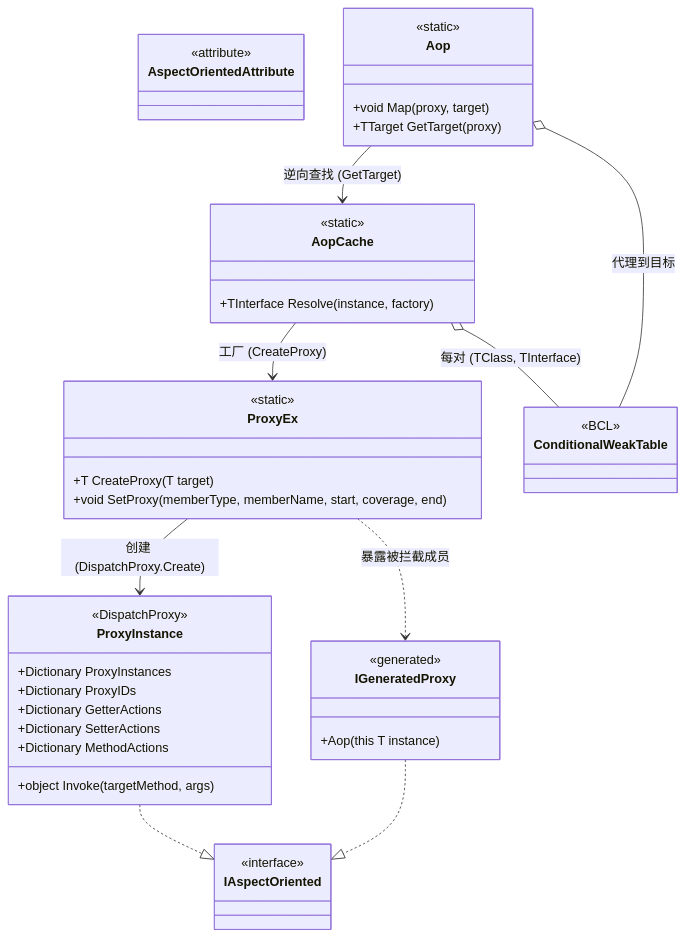
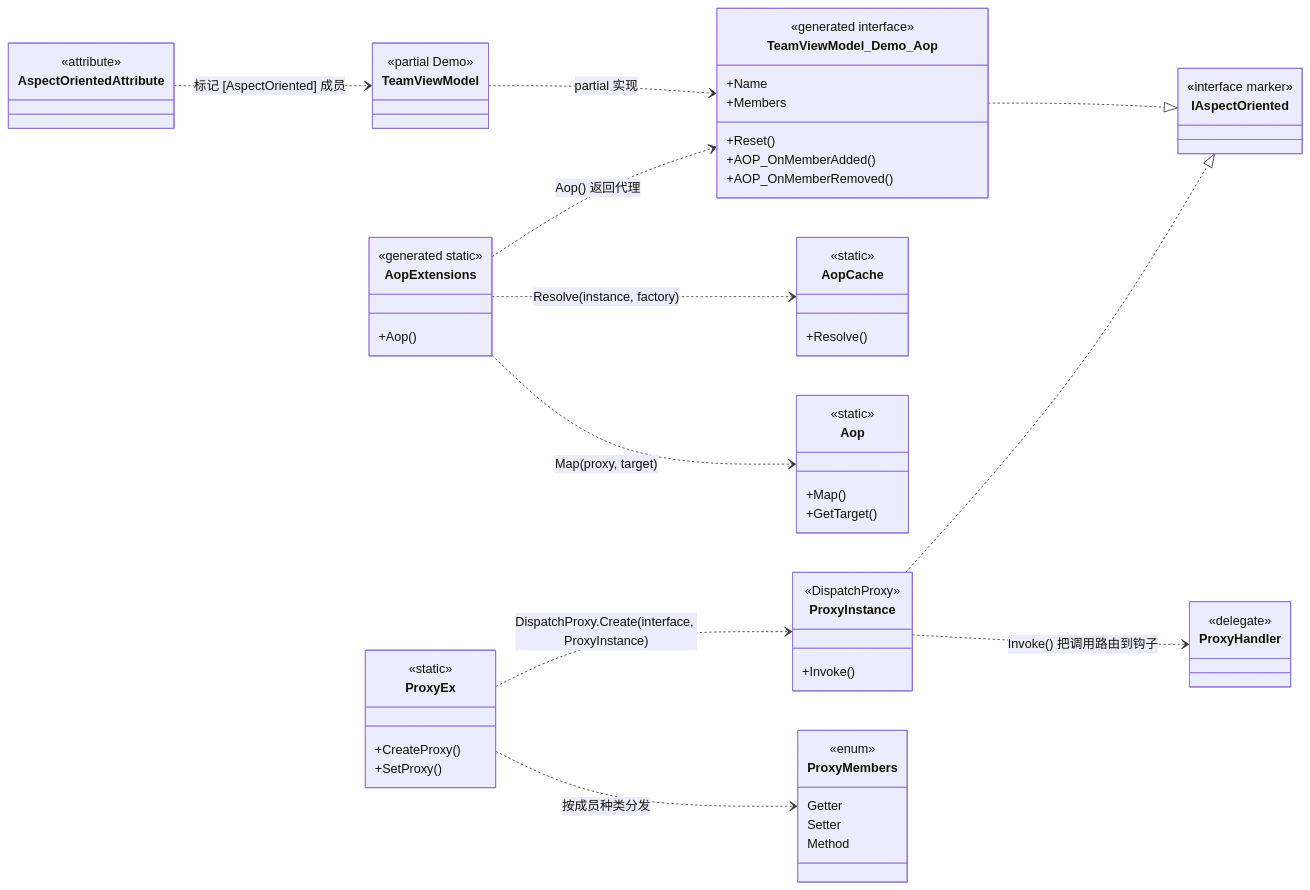
Before and after one commit to Axvser/VeloxDev.Docs: the diagram in src/CloudGlyph/Assets/Docs/content/zh/3_SE分析/02_设计模式分析/05_AOP/index.md, drawn with Mermaid. The commit also changed other lines of this file and 443 other files, not shown here.

````diff
--- a/src/CloudGlyph/Assets/Docs/content/zh/3_SE分析/02_设计模式分析/05_AOP/index.md
+++ b/src/CloudGlyph/Assets/Docs/content/zh/3_SE分析/02_设计模式分析/05_AOP/index.md
@@ -5,48 +16,63 @@
 ```mermaid
 classDiagram
-    class IAspectOriented {
-        <<interface>>
-    }
+    direction LR
     class AspectOrientedAttribute {
         <<attribute>>
     }
+    class TeamViewModel {
+        <<partial Demo>>
+    }
+    class TeamViewModel_Demo_Aop {
+        <<generated interface>>
+        +Name
+        +Members
+        +Reset()
+        +AOP_OnMemberAdded()
+        +AOP_OnMemberRemoved()
+    }
+    class AopExtensions {
+        <<generated static>>
+        +Aop()
+    }
+    class IAspectOriented {
+        <<interface marker>>
+    }
+    class ProxyMembers {
+        <<enum>>
+        Getter
+        Setter
+        Method
+    }
+    class ProxyHandler {
+        <<delegate>>
+    }
     class ProxyEx {
         <<static>>
-        +T CreateProxy(T target)
-        +void SetProxy(memberType, memberName, start, coverage, end)
+        +CreateProxy()
+        +SetProxy()
     }
     class ProxyInstance {
         <<DispatchProxy>>
-        +Dictionary ProxyInstances
-        +Dictionary ProxyIDs
-        +Dictionary GetterActions
-        +Dictionary SetterActions
-        +Dictionary MethodActions
-        +object Invoke(targetMethod, args)
+        +Invoke()
     }
     class AopCache {
         <<static>>
-        +TInterface Resolve(instance, factory)
+        +Resolve()
     }
     class Aop {
         <<static>>
-        +void Map(proxy, target)
-        +TTarget GetTarget(proxy)
-    }
-    class IGeneratedProxy {
-        <<generated>>
-        +Aop(this T instance)
-    }
-    class ConditionalWeakTable {
-        <<BCL>>
+        +Map()
+        +GetTarget()
     }
 
-    ProxyEx --> ProxyInstance : 创建 (DispatchProxy.Create)
-    AopCache --> ProxyEx : 工厂 (CreateProxy)
-    Aop --> AopCache : 逆向查找 (GetTarget)
-    ProxyEx ..> IGeneratedProxy : 暴露被拦截成员
+    AspectOrientedAttribute ..> TeamViewModel : 标记 [AspectOriented] 成员
+    TeamViewModel ..> TeamViewModel_Demo_Aop : partial 实现
+    TeamViewModel_Demo_Aop ..|> IAspectOriented
     ProxyInstance ..|> IAspectOriented
-    IGeneratedProxy ..|> IAspectOriented
-    Aop o-- ConditionalWeakTable : 代理到目标
-    AopCache o-- ConditionalWeakTable : 每对 (TClass, TInterface)
+    AopExtensions ..> TeamViewModel_Demo_Aop : Aop() 返回代理
+    AopExtensions ..> AopCache : Resolve(instance, factory)
+    AopExtensions ..> Aop : Map(proxy, target)
+    ProxyEx ..> ProxyInstance : DispatchProxy.Create(interface, ProxyInstance)
+    ProxyInstance ..> ProxyHandler : Invoke() 把调用路由到钩子
+    ProxyEx ..> ProxyMembers : 按成员种类分发
 ```
````
